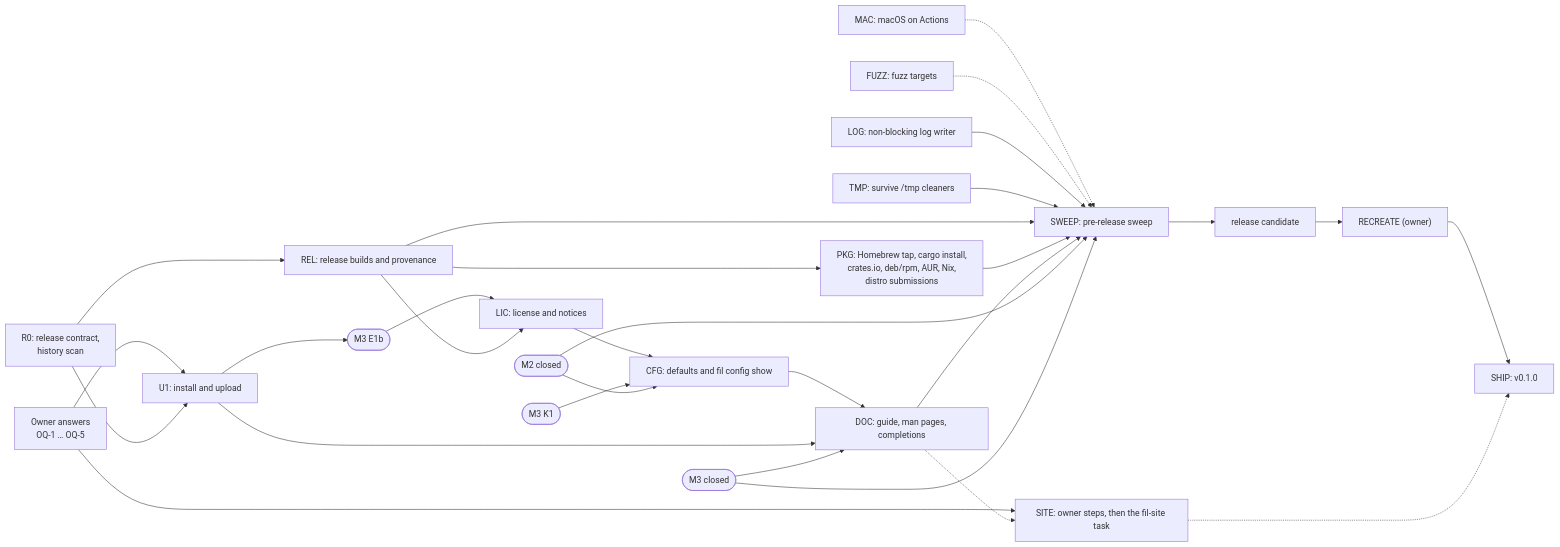
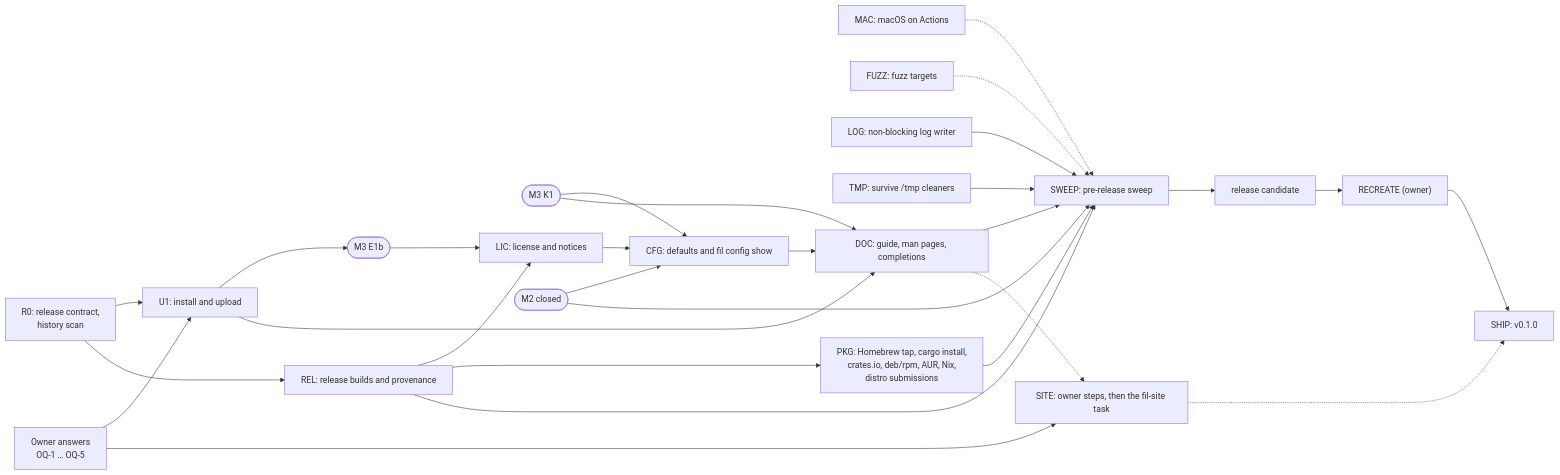
One commit to anthonytw/fil changed the diagram in docs/m4/plan.md. Above: the diagram before and after it, drawn with Mermaid. The commit also changed other lines of this file and 3 other files, not shown here.

````diff
--- a/docs/m4/plan.md
+++ b/docs/m4/plan.md
@@ -181,43 +182,41 @@
 ```mermaid
 %%{init: {"flowchart": {"wrappingWidth": 260}}}%%
 flowchart LR
   OQ["Owner answers<br/>OQ-1 … OQ-5"]
   R0["R0: release contract,<br/>history scan"]
   U1["U1: install and upload"]
   MAC["MAC: macOS on Actions"]
   REL["REL: release builds and provenance"]
   FUZZ["FUZZ: fuzz targets"]
   LOG["LOG: non-blocking log writer"]
   TMP["TMP: survive /tmp cleaners"]
   E1b(["M3 E1b"])
   K1(["M3 K1"])
   LIC["LIC: license and notices"]
   PKG["PKG: Homebrew tap, cargo install,<br/>crates.io, deb/rpm, AUR, Nix,<br/>distro submissions"]
   CFG["CFG: defaults and fil config show"]
   DOC["DOC: guide, man pages, completions"]
   M2C(["M2 closed"])
-  M3C(["M3 closed"])
   SWEEP["SWEEP: pre-release sweep"]
   RC["release candidate"]
   RECREATE["RECREATE (owner)"]
   SHIP["SHIP: v0.1.0"]
   SITE["SITE: owner steps, then the fil-site task"]
 
   OQ --> U1
   R0 --> U1 & REL
   U1 --> E1b --> LIC --> CFG
   REL --> LIC & PKG
-  K1 --> CFG
+  K1 --> CFG & DOC
   M2C --> CFG
   CFG --> DOC
   U1 --> DOC
-  M3C --> DOC
   MAC -.-> SWEEP
   FUZZ -.-> SWEEP
   LOG & TMP --> SWEEP
-  REL & PKG & DOC & M2C & M3C --> SWEEP
+  REL & PKG & DOC & M2C --> SWEEP
   SWEEP --> RC --> RECREATE --> SHIP
   OQ --> SITE
   DOC -.-> SITE
   SITE -.-> SHIP
 ```
````
